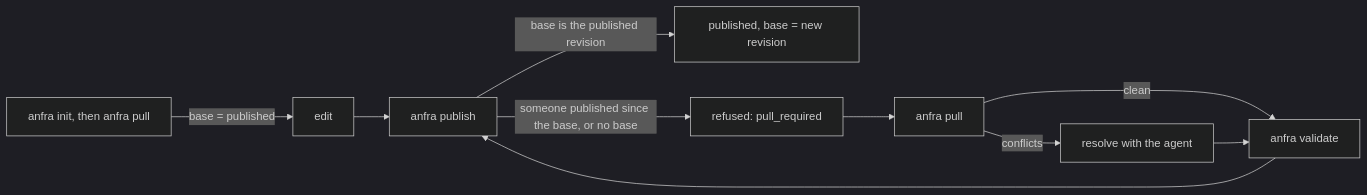
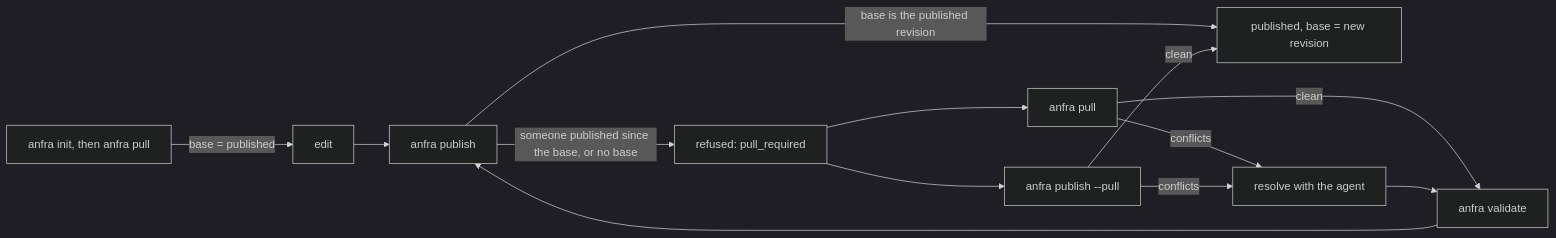
One commit to holistics/anfra changed the diagram in docs/designs/publish.md. Above: the diagram before and after it, drawn with Mermaid (dark theme). The commit also changed other lines of this file and 8 other files, not shown here.

Commit message:
feat(cli): anfra publish --pull

````diff
--- a/docs/designs/publish.md
+++ b/docs/designs/publish.md
@@ -14,10 +14,13 @@
 ```mermaid
 flowchart LR
     I[anfra init, then anfra pull] -->|base = published| E
     E[edit] --> P[anfra publish]
     P -->|base is the published revision| OK[published, base = new revision]
     P -->|someone published since the base, or no base| R[refused: pull_required]
     R --> PL[anfra pull]
     PL -->|clean| V[anfra validate] --> P
     PL -->|conflicts| C[resolve with the agent] --> V
+    R --> PP[anfra publish --pull]
+    PP -->|clean| OK
+    PP -->|conflicts| C
 ```
````
